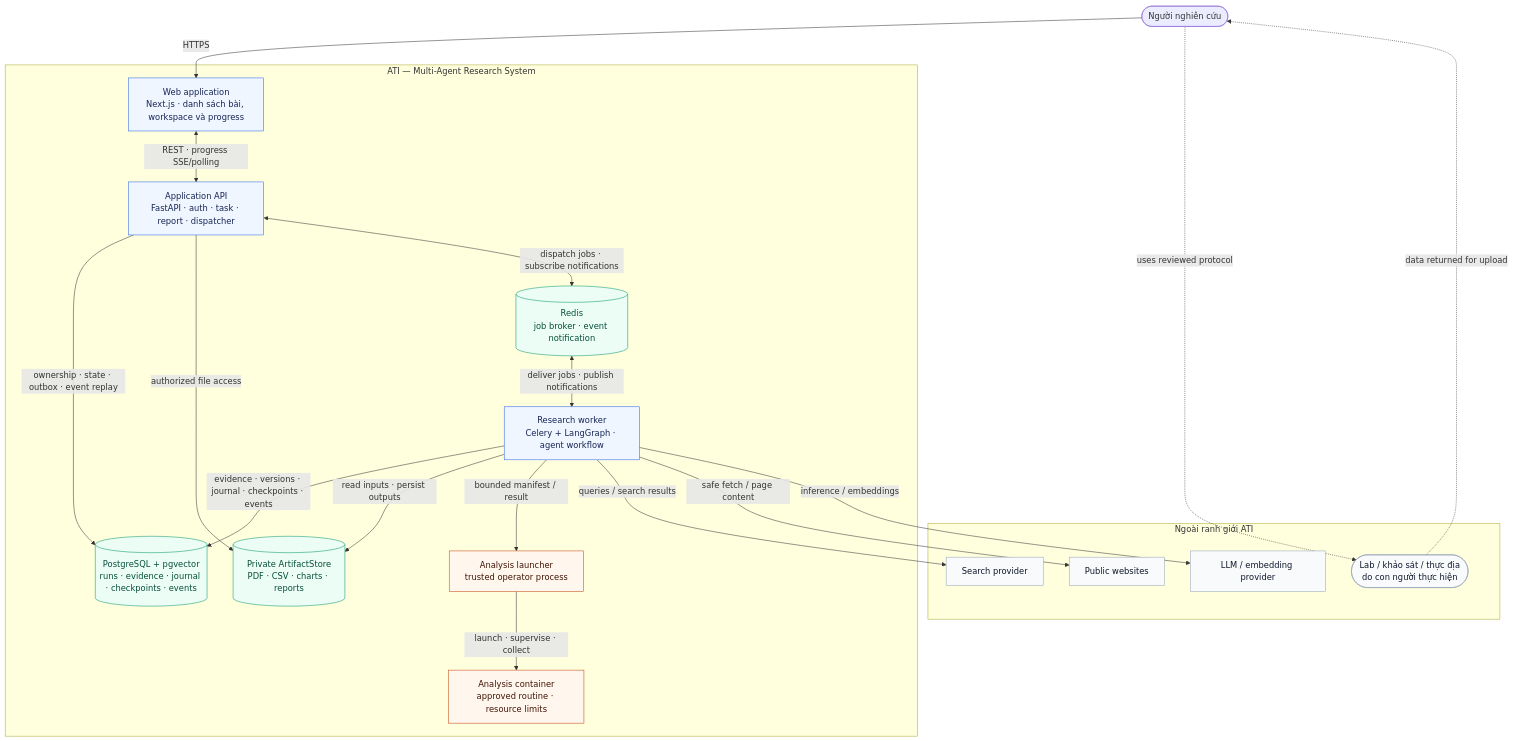
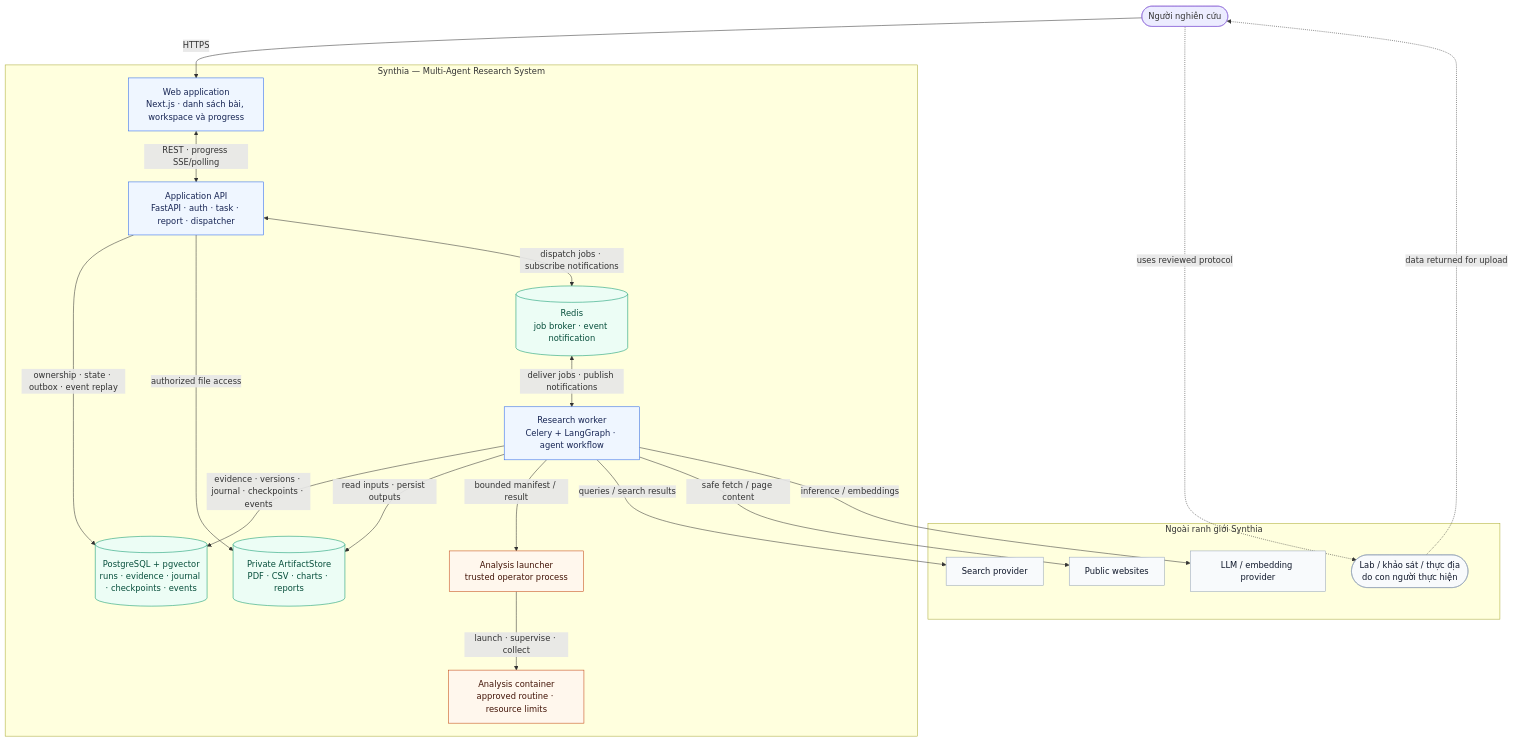
One commit to NguyenChien536/Multi-Agent-Research-System changed the first of 7 diagrams in docs/architecture/system-design.md. Above: the diagram before and after it, drawn with Mermaid. The commit also changed other lines of this file and 302 other files, not shown here.

````diff
--- a/docs/architecture/system-design.md
+++ b/docs/architecture/system-design.md
@@ -17,47 +17,47 @@
 ```mermaid
 flowchart TB
     User(["Người nghiên cứu"])
 
-    subgraph ATI["ATI — Multi-Agent Research System"]
+    subgraph ATI["Synthia — Multi-Agent Research System"]
         UI["Web application<br/>Next.js · danh sách bài, workspace và progress"]
         API["Application API<br/>FastAPI · auth · task · report · dispatcher"]
         Worker["Research worker<br/>Celery + LangGraph · agent workflow"]
         Redis[("Redis<br/>job broker · event notification")]
         DB[("PostgreSQL + pgvector<br/>runs · evidence · journal · checkpoints · events")]
         Files[("Private ArtifactStore<br/>PDF · CSV · charts · reports")]
         Launcher["Analysis launcher<br/>trusted operator process"]
         Runner["Analysis container<br/>approved routine · resource limits"]
     end
 
-    subgraph Outside["Ngoài ranh giới ATI"]
+    subgraph Outside["Ngoài ranh giới Synthia"]
         Search["Search provider"]
         Web["Public websites"]
         Models["LLM / embedding provider"]
         Human(["Lab / khảo sát / thực địa<br/>do con người thực hiện"])
     end
 
     User -->|"HTTPS"| UI
     UI <-->|"REST · progress SSE/polling"| API
     API -->|"ownership · state · outbox · event replay"| DB
     API -->|"authorized file access"| Files
     API <-->|"dispatch jobs · subscribe notifications"| Redis
     Redis <-->|"deliver jobs · publish notifications"| Worker
     Worker -->|"evidence · versions · journal · checkpoints · events"| DB
     Worker -->|"read inputs · persist outputs"| Files
     Worker -->|"bounded manifest / result"| Launcher
     Launcher -->|"launch · supervise · collect"| Runner
     Worker -->|"queries / search results"| Search
     Worker -->|"safe fetch / page content"| Web
     Worker -->|"inference / embeddings"| Models
     User -.->|"uses reviewed protocol"| Human
     Human -.->|"data returned for upload"| User
 
     classDef app fill:#eff6ff,stroke:#2563eb,color:#172554
     classDef store fill:#ecfdf5,stroke:#059669,color:#064e3b
     classDef execution fill:#fff7ed,stroke:#c2410c,color:#431407
     classDef external fill:#f8fafc,stroke:#94a3b8,color:#0f172a
     class UI,API,Worker app
     class DB,Files,Redis store
     class Launcher,Runner execution
     class Search,Web,Models,Human external
 ```
````
